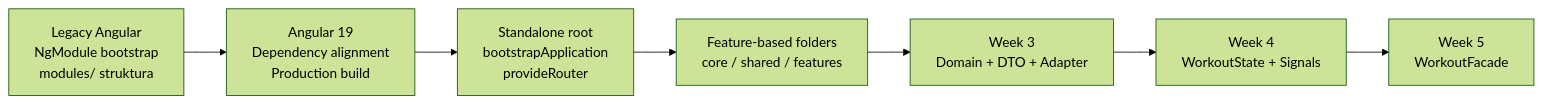
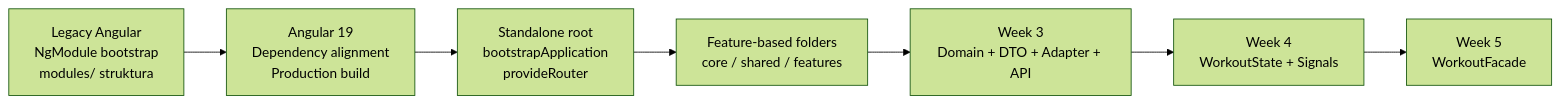
Before and after one commit to Stefansimons/my-fitnes-planner: the third of 3 diagrams in MODERNIZATION_PROGRESS.md, drawn with Mermaid (forest theme). The commit also changed other lines of this file and 7 other files, not shown here.

````diff
--- a/MODERNIZATION_PROGRESS.md
+++ b/MODERNIZATION_PROGRESS.md
@@ -93,12 +93,12 @@
 ```mermaid
 flowchart LR
     legacy[Legacy Angular\nNgModule bootstrap\nmodules/ struktura]
     foundation[Angular 19\nDependency alignment\nProduction build]
     standalone[Standalone root\nbootstrapApplication\nprovideRouter]
     folders[Feature-based folders\ncore / shared / features]
-    week3[Week 3\nDomain + DTO + Adapter]
+    week3[Week 3\nDomain + DTO + Adapter + API]
     state[Week 4\nWorkoutState + Signals]
     facade[Week 5\nWorkoutFacade]
 
     legacy --> foundation --> standalone --> folders --> week3 --> state --> facade
 ```
````
